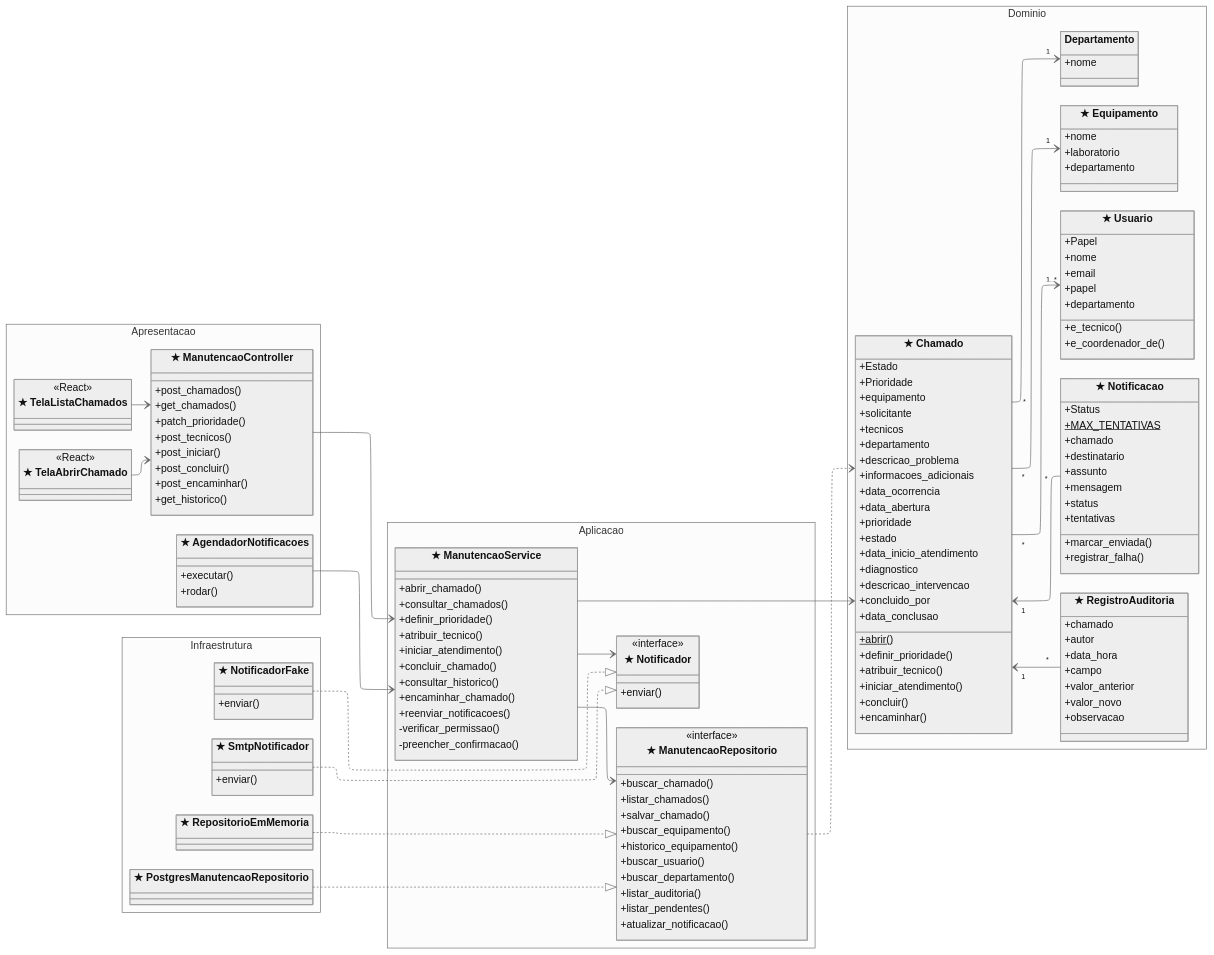
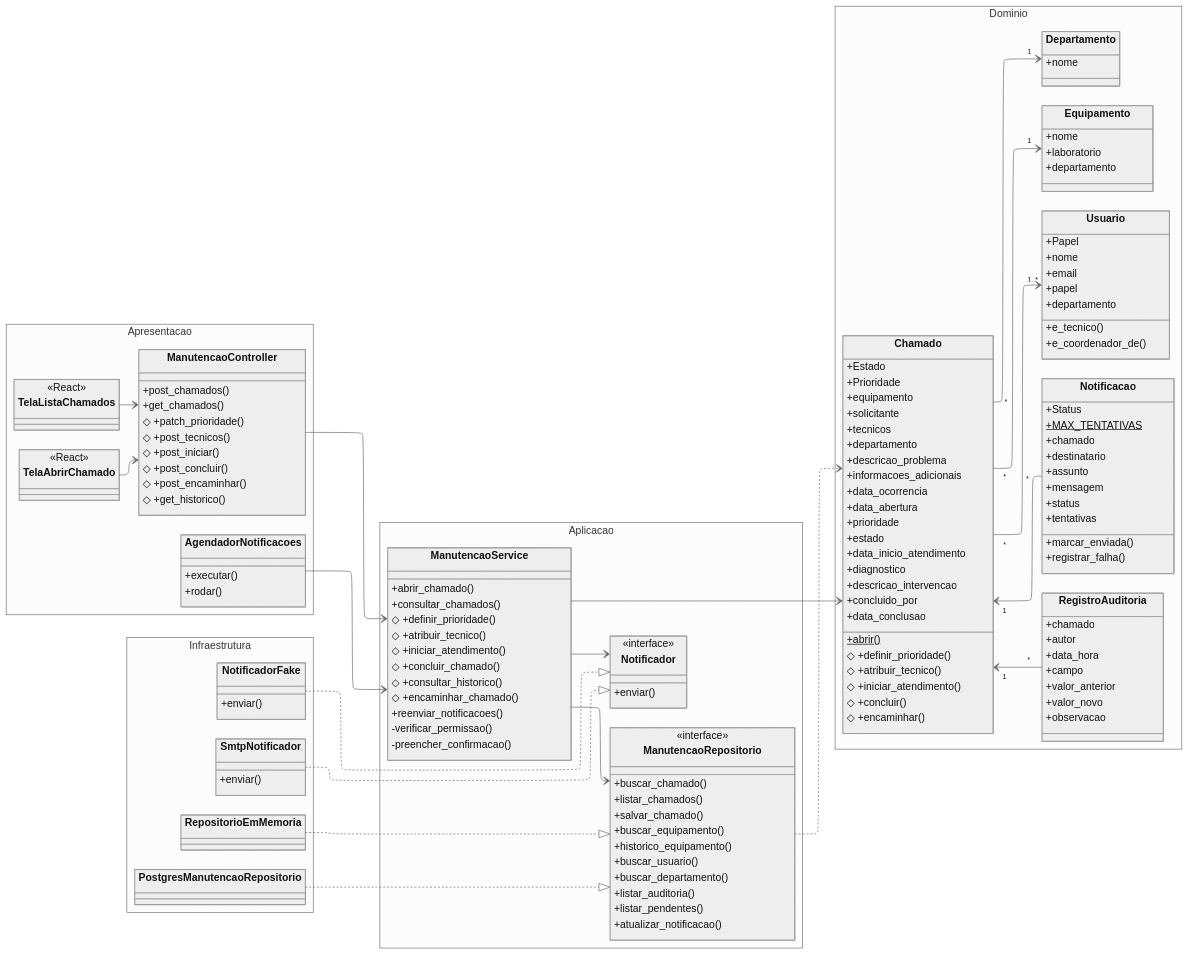
The diagram in docs/diagramas/classes.md (nadialobkov/trabalho-design-software), drawn with Mermaid before and after one commit. The commit also changed other lines of this file and 1 other file, not shown here.

Commit message:
docs: mark planned methods in the diagrams and drop the stars
The class diagram showed UC03-UC08 methods as if they existed in the
code. They are kept as design but now marked with a diamond, so the
diagram matches the code. The stars marked almost every class and block,
so they told the reader nothing; they are removed from both diagrams.
The React screens are noted as not built yet, and Departamento, the
role filter of UC02 and a few notes now match the code.

```diff
--- a/docs/diagramas/classes.md
+++ b/docs/diagramas/classes.md
@@ -31,43 +33,43 @@
     direction LR
 
     namespace Apresentacao {
-        class TelaAbrirChamado["★ TelaAbrirChamado"] {
+        class TelaAbrirChamado {
             <<React>>
         }
-        class TelaListaChamados["★ TelaListaChamados"] {
+        class TelaListaChamados {
             <<React>>
         }
-        class ManutencaoController["★ ManutencaoController"] {
+        class ManutencaoController {
             +post_chamados()
             +get_chamados()
-            +patch_prioridade()
-            +post_tecnicos()
-            +post_iniciar()
-            +post_concluir()
-            +post_encaminhar()
-            +get_historico()
+            ◇ +patch_prioridade()
+            ◇ +post_tecnicos()
+            ◇ +post_iniciar()
+            ◇ +post_concluir()
+            ◇ +post_encaminhar()
+            ◇ +get_historico()
         }
-        class AgendadorNotificacoes["★ AgendadorNotificacoes"] {
+        class AgendadorNotificacoes {
             +executar()
             +rodar()
         }
     }
 
     namespace Aplicacao {
-        class ManutencaoService["★ ManutencaoService"] {
+        class ManutencaoService {
             +abrir_chamado()
             +consultar_chamados()
-            +definir_prioridade()
-            +atribuir_tecnico()
-            +iniciar_atendimento()
-            +concluir_chamado()
-            +consultar_historico()
-            +encaminhar_chamado()
+            ◇ +definir_prioridade()
+            ◇ +atribuir_tecnico()
+            ◇ +iniciar_atendimento()
+            ◇ +concluir_chamado()
+            ◇ +consultar_historico()
+            ◇ +encaminhar_chamado()
             +reenviar_notificacoes()
             -verificar_permissao()
             -preencher_confirmacao()
         }
-        class ManutencaoRepositorio["★ ManutencaoRepositorio"] {
+        class ManutencaoRepositorio {
             <<interface>>
             +buscar_chamado()
             +listar_chamados()
@@ -80,14 +82,14 @@
             +listar_pendentes()
             +atualizar_notificacao()
         }
-        class Notificador["★ Notificador"] {
+        class Notificador {
             <<interface>>
             +enviar()
         }
     }
 
     namespace Dominio {
-        class Chamado["★ Chamado"] {
+        class Chamado {
             +Estado
             +Prioridade
             +equipamento
@@ -106,18 +108,18 @@
             +concluido_por
             +data_conclusao
             +abrir()$
-            +definir_prioridade()
-            +atribuir_tecnico()
-            +iniciar_atendimento()
-            +concluir()
-            +encaminhar()
+            ◇ +definir_prioridade()
+            ◇ +atribuir_tecnico()
+            ◇ +iniciar_atendimento()
+            ◇ +concluir()
+            ◇ +encaminhar()
         }
-        class Equipamento["★ Equipamento"] {
+        class Equipamento {
             +nome
             +laboratorio
             +departamento
         }
-        class Usuario["★ Usuario"] {
+        class Usuario {
             +Papel
             +nome
             +email
@@ -129,7 +131,7 @@
         class Departamento {
             +nome
         }
-        class Notificacao["★ Notificacao"] {
+        class Notificacao {
             +Status
             +MAX_TENTATIVAS$
             +chamado
@@ -141,7 +143,7 @@
             +marcar_enviada()
             +registrar_falha()
         }
-        class RegistroAuditoria["★ RegistroAuditoria"] {
+        class RegistroAuditoria {
             +chamado
             +autor
             +data_hora
@@ -153,12 +155,12 @@
     }
 
     namespace Infraestrutura {
-        class PostgresManutencaoRepositorio["★ PostgresManutencaoRepositorio"]
-        class RepositorioEmMemoria["★ RepositorioEmMemoria"]
-        class SmtpNotificador["★ SmtpNotificador"] {
+        class PostgresManutencaoRepositorio
+        class RepositorioEmMemoria
+        class SmtpNotificador {
             +enviar()
         }
-        class NotificadorFake["★ NotificadorFake"] {
+        class NotificadorFake {
             +enviar()
         }
     }
```
